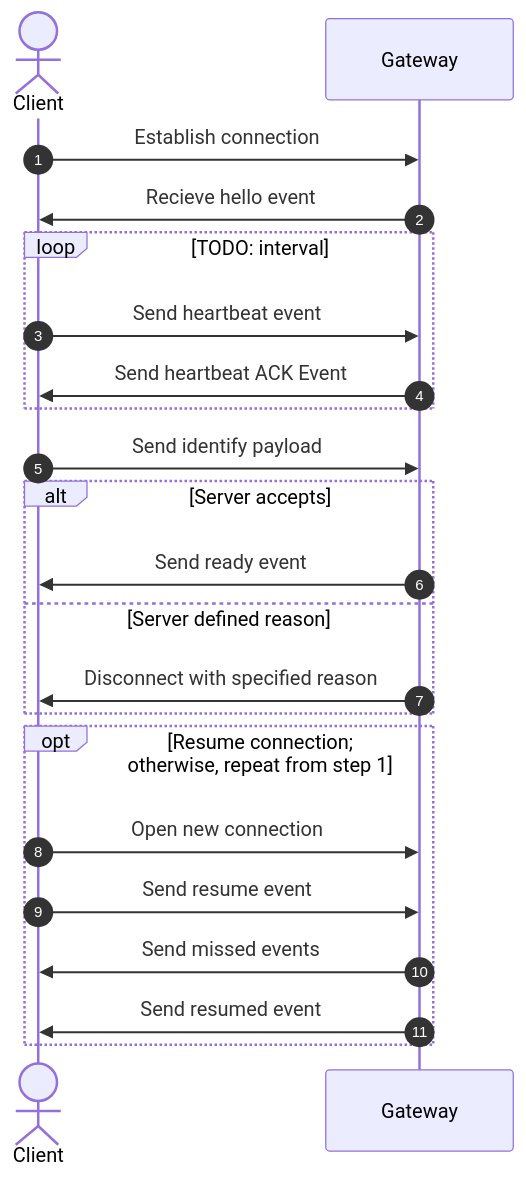
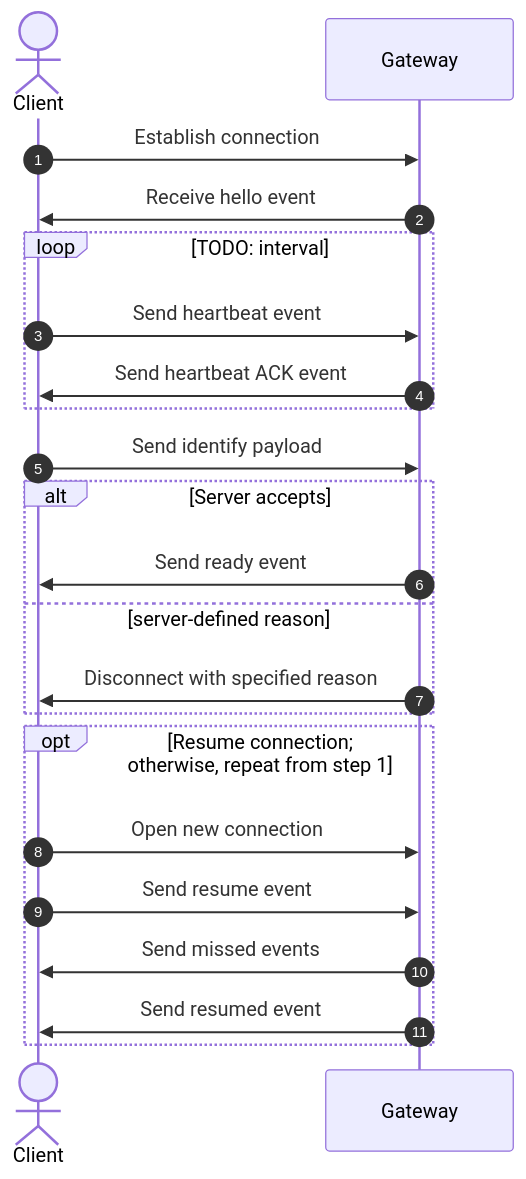
One commit to polyphony-chat/docs changed the first of 10 diagrams in docs/Protocol Specifications/core.md. Above: the diagram before and after it, drawn with Mermaid. The commit also changed other lines of this file, not shown here.

````diff
--- a/docs/Protocol Specifications/core.md
+++ b/docs/Protocol Specifications/core.md
@@ -139,32 +139,32 @@
 ```mermaid
 sequenceDiagram
 autonumber
 
 actor c as Client
 participant g as Gateway
 
 c->>g: Establish connection
-g->>c: Recieve hello event
+g->>c: Receive hello event
 
 loop TODO: interval
   c->>g: Send heartbeat event
-  g->>c: Send heartbeat ACK Event
+  g->>c: Send heartbeat ACK event
 end
 
 c->>g: Send identify payload
 
 alt Server accepts
   g->>c: Send ready event
-else Server defined reason
+else server-defined reason
   g->>c: Disconnect with specified reason
 end
 
 
 opt Resume connection#59;<br />otherwise, repeat from step 1
   c->>g: Open new connection
   c->>g: Send resume event
   g->>c: Send missed events
   g->>c: Send resumed event
 end
 
 ```
````
